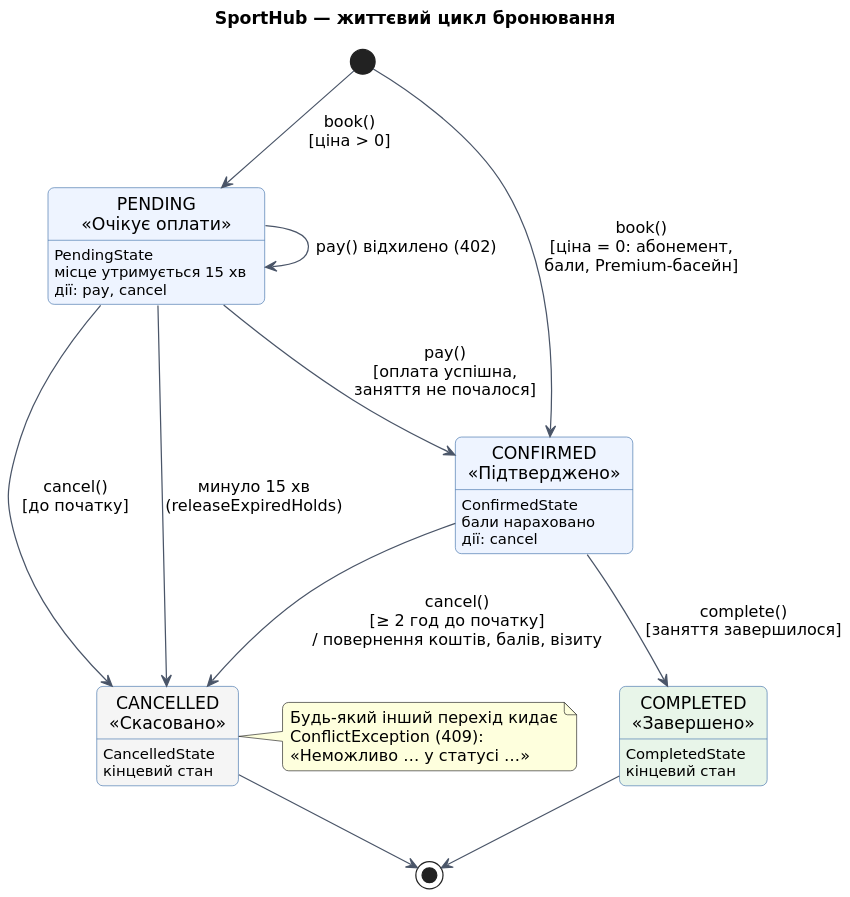
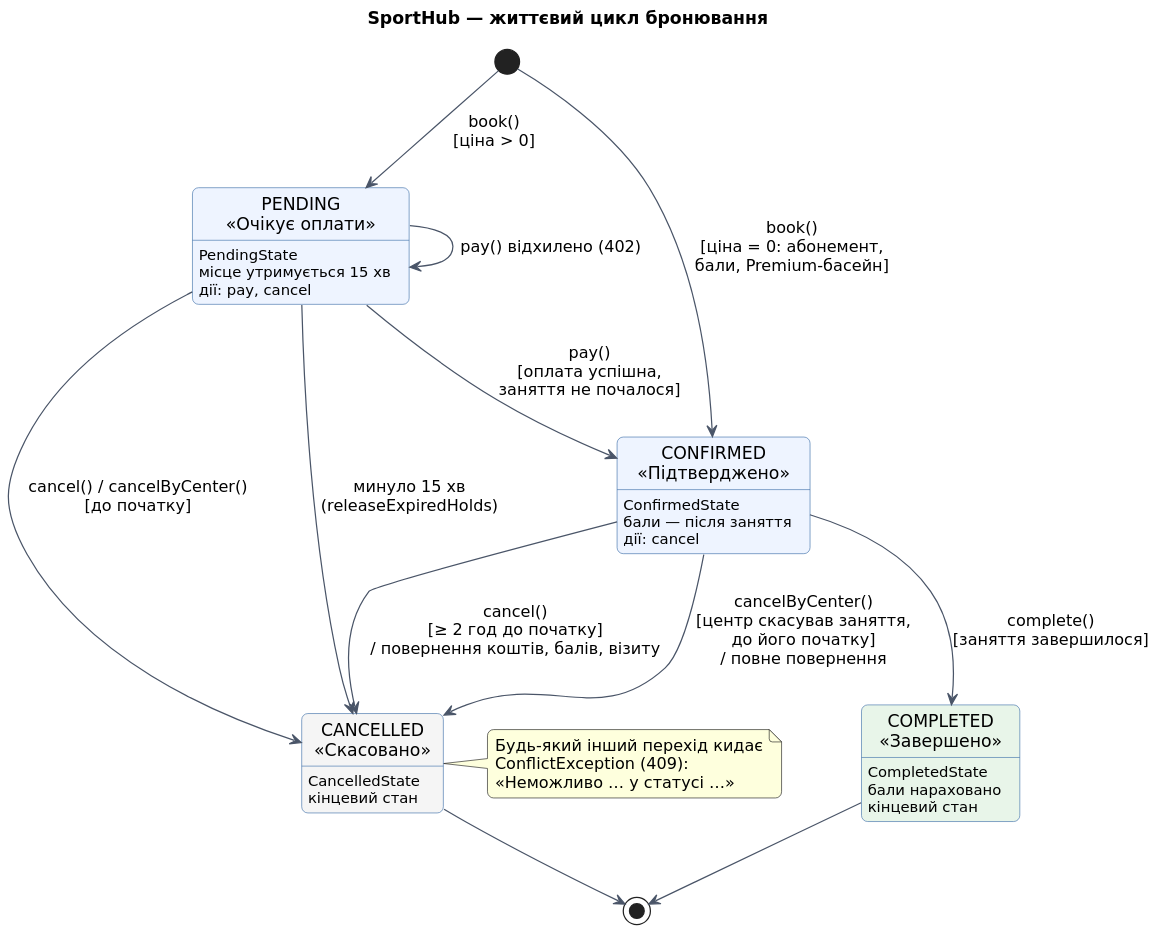
Before and after one commit to yuriivynar/sports-booking-service: the diagram in docs/diagrams/booking-state.puml, drawn with PlantUML. The commit also changed 3 other files, not shown here.

Commit message:
docs: show center cancellation and when points are credited in the diagrams

```diff
--- a/docs/diagrams/booking-state.puml
+++ b/docs/diagrams/booking-state.puml
@@ -1,40 +1,41 @@
 @startuml booking-state
 ' Діаграма станів бронювання (патерн State: один клас на стан).
 ' Згенерувати PNG: docker run --rm -v "$PWD/docs/diagrams:/data" plantuml/plantuml -tpng /data/booking-state.puml
 
 skinparam dpi 150
 skinparam defaultFontName "DejaVu Sans"
 skinparam shadowing false
 skinparam roundcorner 10
 skinparam ArrowColor #4A5568
 skinparam state {
   BorderColor #3B6EA8
   BackgroundColor #EEF4FF
 }
 
 title SportHub — життєвий цикл бронювання
 
 [*] --> PENDING : book()\n[ціна > 0]
 [*] --> CONFIRMED : book()\n[ціна = 0: абонемент,\nбали, Premium-басейн]
 
 state "PENDING\n«Очікує оплати»" as PENDING : PendingState\nмісце утримується 15 хв\nдії: pay, cancel
-state "CONFIRMED\n«Підтверджено»" as CONFIRMED : ConfirmedState\nбали нараховано\nдії: cancel
+state "CONFIRMED\n«Підтверджено»" as CONFIRMED : ConfirmedState\nбали — після заняття\nдії: cancel
 state "CANCELLED\n«Скасовано»" as CANCELLED #F5F5F5 : CancelledState\nкінцевий стан
-state "COMPLETED\n«Завершено»" as COMPLETED #E8F5E9 : CompletedState\nкінцевий стан
+state "COMPLETED\n«Завершено»" as COMPLETED #E8F5E9 : CompletedState\nбали нараховано\nкінцевий стан
 
 PENDING --> CONFIRMED : pay()\n[оплата успішна,\nзаняття не почалося]
 PENDING --> PENDING : pay() відхилено (402)
-PENDING --> CANCELLED : cancel()\n[до початку]
+PENDING --> CANCELLED : cancel() / cancelByCenter()\n[до початку]
 PENDING --> CANCELLED : минуло 15 хв\n(releaseExpiredHolds)
 CONFIRMED --> CANCELLED : cancel()\n[≥ 2 год до початку]\n/ повернення коштів, балів, візиту
+CONFIRMED --> CANCELLED : cancelByCenter()\n[центр скасував заняття,\nдо його початку]\n/ повне повернення
 CONFIRMED --> COMPLETED : complete()\n[заняття завершилося]
 
 CANCELLED --> [*]
 COMPLETED --> [*]
 
 note right of CANCELLED
   Будь-який інший перехід кидає
   ConflictException (409):
   «Неможливо … у статусі …»
 end note
 @enduml
```
